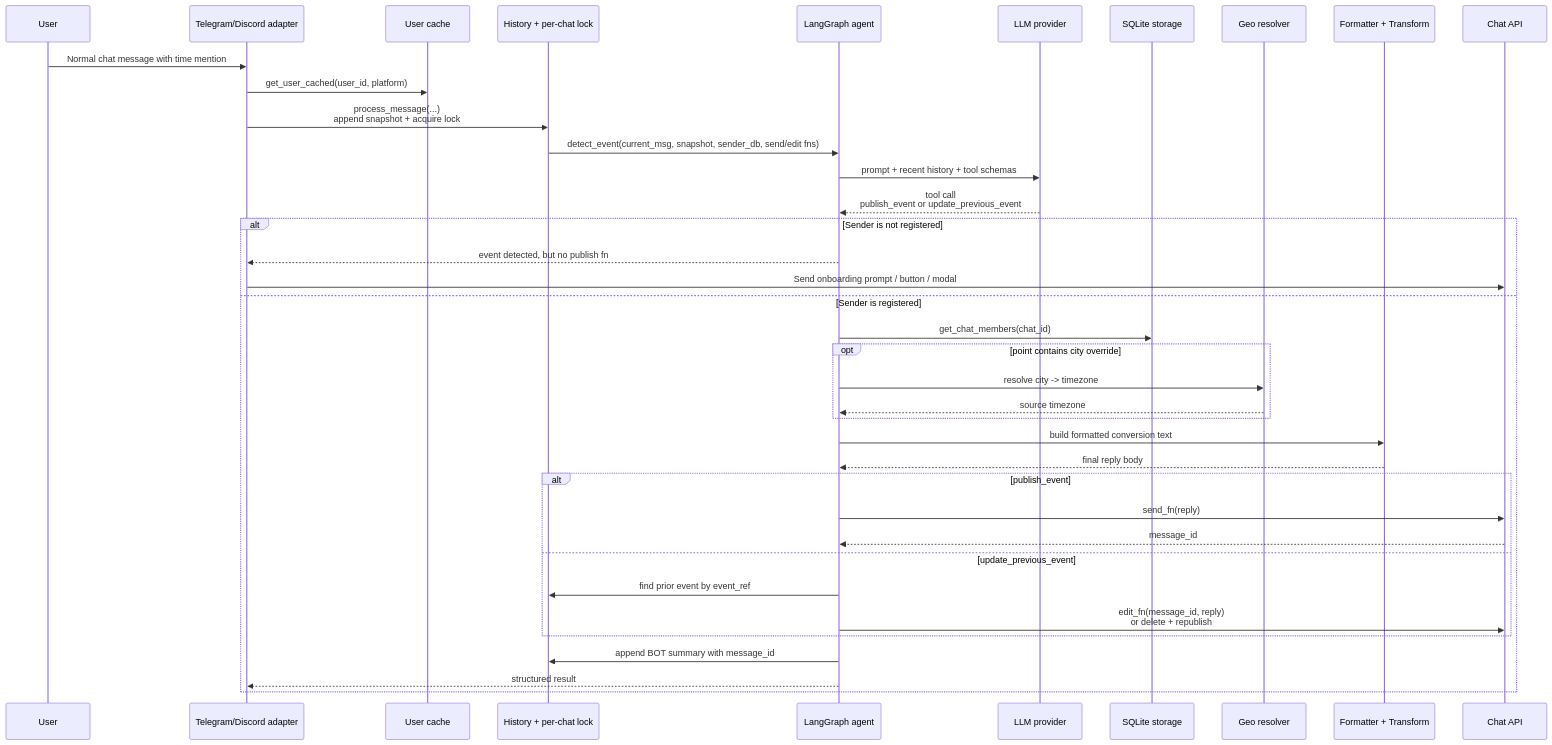
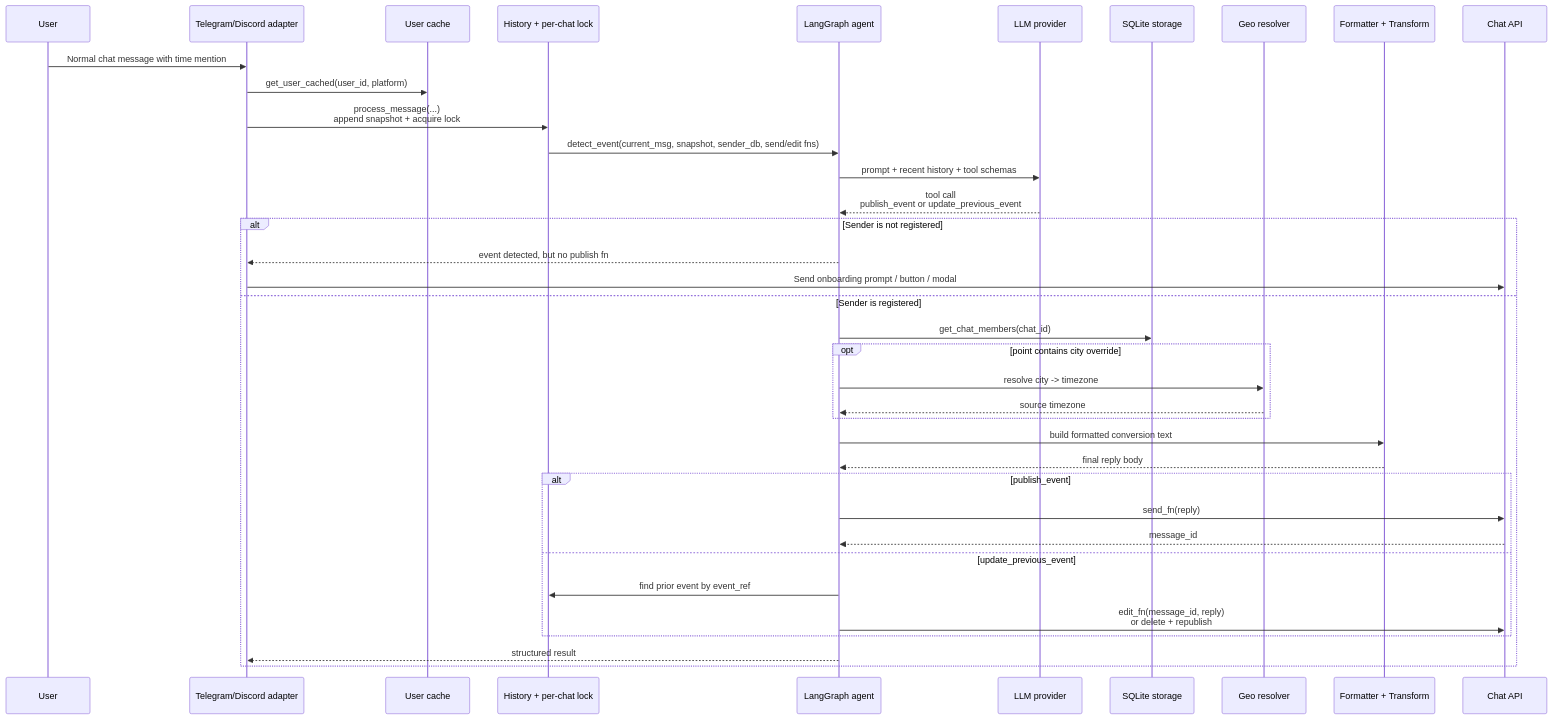
Before and after one commit to antlbn/Timezone_bot: the fourth of 4 diagrams in journal/00_system_context.md, drawn with Mermaid. The commit also changed other lines of this file and 22 other files, not shown here.

First line of the commit message:
Refactor LLM memory model and event detection architecture

````diff
--- a/journal/00_system_context.md
+++ b/journal/00_system_context.md
@@ -176,43 +176,42 @@
 ```mermaid
 sequenceDiagram
     participant User as User
     participant Adapter as Telegram/Discord adapter
     participant Cache as User cache
     participant History as History + per-chat lock
     participant Agent as LangGraph agent
     participant LLM as LLM provider
     participant Store as SQLite storage
     participant Geo as Geo resolver
     participant Reply as Formatter + Transform
     participant Chat as Chat API
     User->>Adapter: Normal chat message with time mention
     Adapter->>Cache: get_user_cached(user_id, platform)
     Adapter->>History: process_message(...)<br/>append snapshot + acquire lock
     History->>Agent: detect_event(current_msg, snapshot, sender_db, send/edit fns)
     Agent->>LLM: prompt + recent history + tool schemas
     LLM-->>Agent: tool call<br/>publish_event or update_previous_event
 
     alt Sender is not registered
         Agent-->>Adapter: event detected, but no publish fn
         Adapter->>Chat: Send onboarding prompt / button / modal
     else Sender is registered
         Agent->>Store: get_chat_members(chat_id)
         opt point contains city override
             Agent->>Geo: resolve city -> timezone
             Geo-->>Agent: source timezone
         end
         Agent->>Reply: build formatted conversion text
         Reply-->>Agent: final reply body
 
         alt publish_event
             Agent->>Chat: send_fn(reply)
             Chat-->>Agent: message_id
         else update_previous_event
             Agent->>History: find prior event by event_ref
             Agent->>Chat: edit_fn(message_id, reply)<br/>or delete + republish
         end
 
-        Agent->>History: append BOT summary with message_id
         Agent-->>Adapter: structured result
     end
 ```
````
